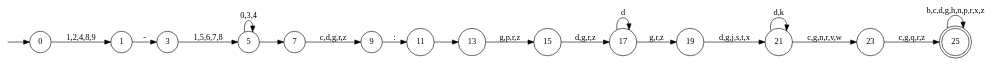
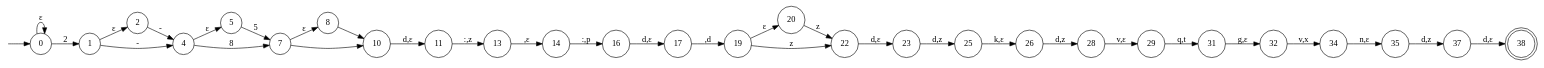
One commit to etillison3350/automata-tests changed the diagram in graphs/nnfa.gv. Above: the diagram before and after it, drawn with Graphviz. The commit also changed 7 other files, not shown here.

```diff
--- a/graphs/nnfa.gv
+++ b/graphs/nnfa.gv
@@ -1,43 +1,70 @@
 digraph nnfa {
 	graph [rankdir=LR]
 	node [shape=circle]
 	{
 		graph [margin="0,0" rank=source]
 		"" [fixedsize=true margin="0,0" shape=none width=0]
 	}
 	{
 		graph [rank=sink]
-		25 [shape=doublecircle]
+		38 [shape=doublecircle]
 	}
 	0
 	1
-	3
+	2
+	4
 	5
 	7
-	9
+	8
+	10
 	11
 	13
-	15
+	14
+	16
 	17
 	19
-	21
+	20
+	22
 	23
-	0 -> 1 [label="1,2,4,8,9"]
-	1 -> 3 [label="-"]
-	3 -> 5 [label="1,5,6,7,8"]
-	5 -> 7 [label=" "]
-	7 -> 9 [label="c,d,g,r,z"]
-	9 -> 11 [label=":"]
-	11 -> 13 [label=" "]
-	13 -> 15 [label="g,p,r,z"]
-	15 -> 17 [label="d,g,r,z"]
-	17 -> 19 [label="g,r,z"]
-	19 -> 21 [label="d,g,j,s,t,x"]
-	21 -> 23 [label="c,g,n,r,v,w"]
-	23 -> 25 [label="c,g,q,r,z"]
-	25 -> 25 [label="b,c,d,g,h,n,p,r,x,z"]
-	21 -> 21 [label="d,k"]
-	17 -> 17 [label=d]
-	5 -> 5 [label="0,3,4"]
+	25
+	26
+	28
+	29
+	31
+	32
+	34
+	35
+	37
+	0 -> 1 [label=2]
+	1 -> 2 [label="ε"]
+	2 -> 4 [label="-"]
+	4 -> 5 [label="ε"]
+	5 -> 7 [label=5]
+	7 -> 8 [label="ε"]
+	8 -> 10 [label=" "]
+	10 -> 11 [label="d,ε"]
+	11 -> 13 [label=":,z"]
+	13 -> 14 [label=" ,ε"]
+	14 -> 16 [label=":,p"]
+	16 -> 17 [label="d,ε"]
+	17 -> 19 [label=" ,d"]
+	19 -> 20 [label="ε"]
+	20 -> 22 [label=z]
+	22 -> 23 [label="d,ε"]
+	23 -> 25 [label="d,z"]
+	25 -> 26 [label="k,ε"]
+	26 -> 28 [label="d,z"]
+	28 -> 29 [label="v,ε"]
+	29 -> 31 [label="q,t"]
+	31 -> 32 [label="g,ε"]
+	32 -> 34 [label="v,x"]
+	34 -> 35 [label="n,ε"]
+	35 -> 37 [label="d,z"]
+	37 -> 38 [label="d,ε"]
+	19 -> 22 [label=z]
+	7 -> 10 [label=" "]
+	4 -> 7 [label=8]
+	1 -> 4 [label="-"]
+	0 -> 0 [label="ε"]
 	"" -> 0
 }
```
